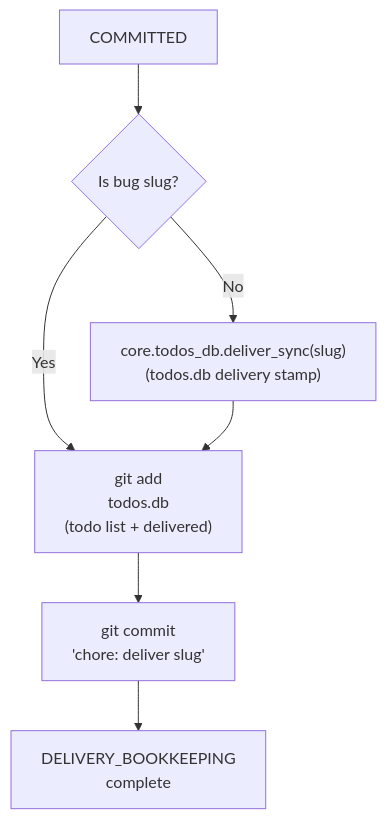
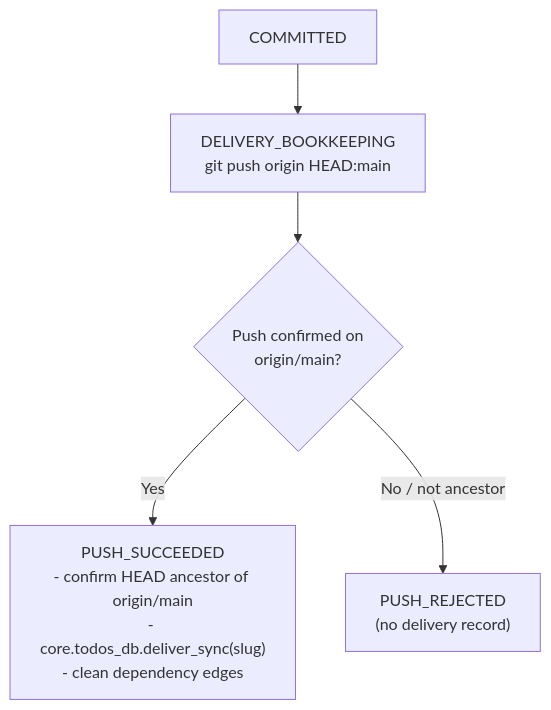
The tenth of 12 diagrams in docs/project/design/architecture/integration-state-machine.md (InstruktAI/TeleClaude), drawn with Mermaid before and after one commit. The commit also changed other lines of this file and 6 other files, not shown here.

First line of the commit message:
fix(integration-state-machine): gate todo delivery on a confirmed push

````diff
--- a/docs/project/design/architecture/integration-state-machine.md
+++ b/docs/project/design/architecture/integration-state-machine.md
@@ -446,20 +447,13 @@
 ```mermaid
 flowchart TD
     Committed["COMMITTED"]
+    Push["DELIVERY_BOOKKEEPING<br/>git push origin HEAD:main"]
+    PushResult{"Push confirmed on<br/>origin/main?"}
+    Deliver["PUSH_SUCCEEDED<br/>- confirm HEAD ancestor of origin/main<br/>- core.todos_db.deliver_sync(slug)<br/>- clean dependency edges"]
+    Reject["PUSH_REJECTED<br/>(no delivery record)"]
 
-    IsBug{"Is bug slug?"}
-
-    Deliver["core.todos_db.deliver_sync(slug)<br/>(todos.db delivery stamp)"]
-
-    Stage["git add<br/>todos.db<br/>(todo list + delivered)"]
-    Commit["git commit<br/>'chore: deliver slug'"]
-
-    Push["DELIVERY_BOOKKEEPING<br/>complete"]
-
-    Committed --> IsBug
-    IsBug -->|"No"| Deliver
-    IsBug -->|"Yes"| Stage
-    Deliver --> Stage
-    Stage --> Commit
-    Commit --> Push
+    Committed --> Push
+    Push --> PushResult
+    PushResult -->|"Yes"| Deliver
+    PushResult -->|"No / not ancestor"| Reject
 ```
````
